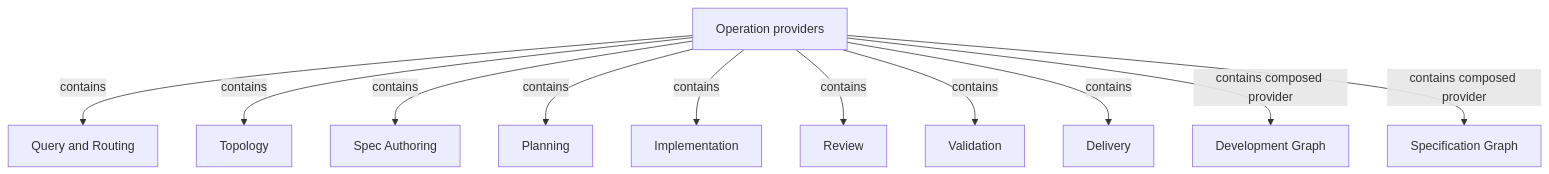
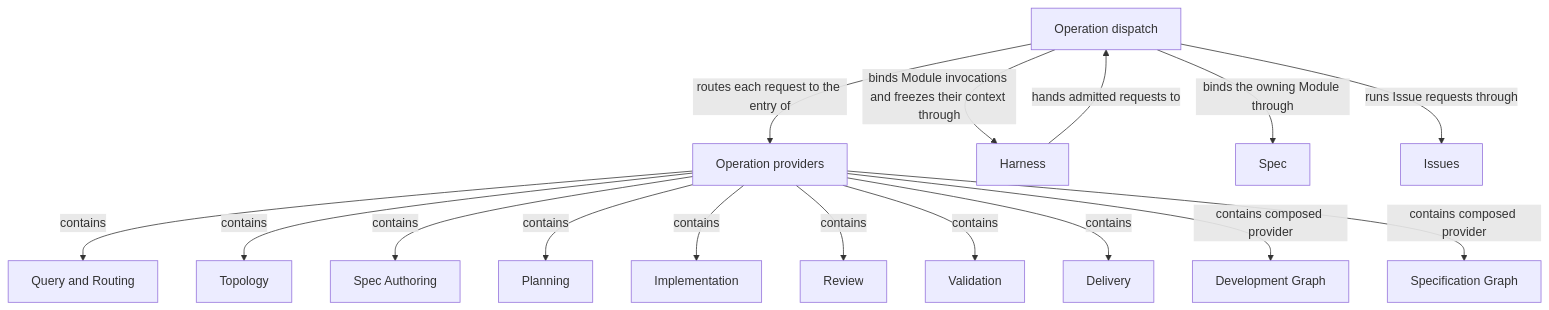
The diagram in specs/concorde/operations/module.md (FTOD/concorde), drawn with Mermaid before and after one commit. The commit also changed other lines of this file and 82 other files, not shown here.

````diff
--- a/specs/concorde/operations/module.md
+++ b/specs/concorde/operations/module.md
@@ -79,26 +103,35 @@
 ```mermaid
 flowchart TB
-    accTitle: Operations provider hierarchy
-    accDescr: Operations contains reusable behavior providers and composed Operation providers. Containment does not mean graph execution order or context inclusion.
+    accTitle: Operations provider hierarchy and dispatch
+    accDescr: Operations contains reusable behavior providers and composed Operation providers. Harness hands each admitted request to the Operation dispatch, which binds the owner through Spec and routes the request to its provider or to the Issue Graph. Containment does not mean graph execution order or context inclusion.
     operations["Operation providers"]
+    dispatch["Operation dispatch"]
+    harness["Harness"]
+    spec["Spec"]
+    issues["Issues"]
     query["Query and Routing"]
     topology["Topology"]
     author["Spec Authoring"]
     planning["Planning"]
     implementation["Implementation"]
     review["Review"]
     validation["Validation"]
     delivery["Delivery"]
     development["Development Graph"]
     specification["Specification Graph"]
+    harness -->|hands admitted requests to| dispatch
+    dispatch -->|routes each request to the entry of| operations
+    dispatch -->|binds the owning Module through| spec
+    dispatch -->|runs Issue requests through| issues
+    dispatch -->|binds Module invocations and freezes their context through| harness
     operations -->|contains| query
     operations -->|contains| topology
     operations -->|contains| author
     operations -->|contains| planning
     operations -->|contains| implementation
     operations -->|contains| review
     operations -->|contains| validation
     operations -->|contains| delivery
     operations -->|contains composed provider| development
     operations -->|contains composed provider| specification
 ```
````
